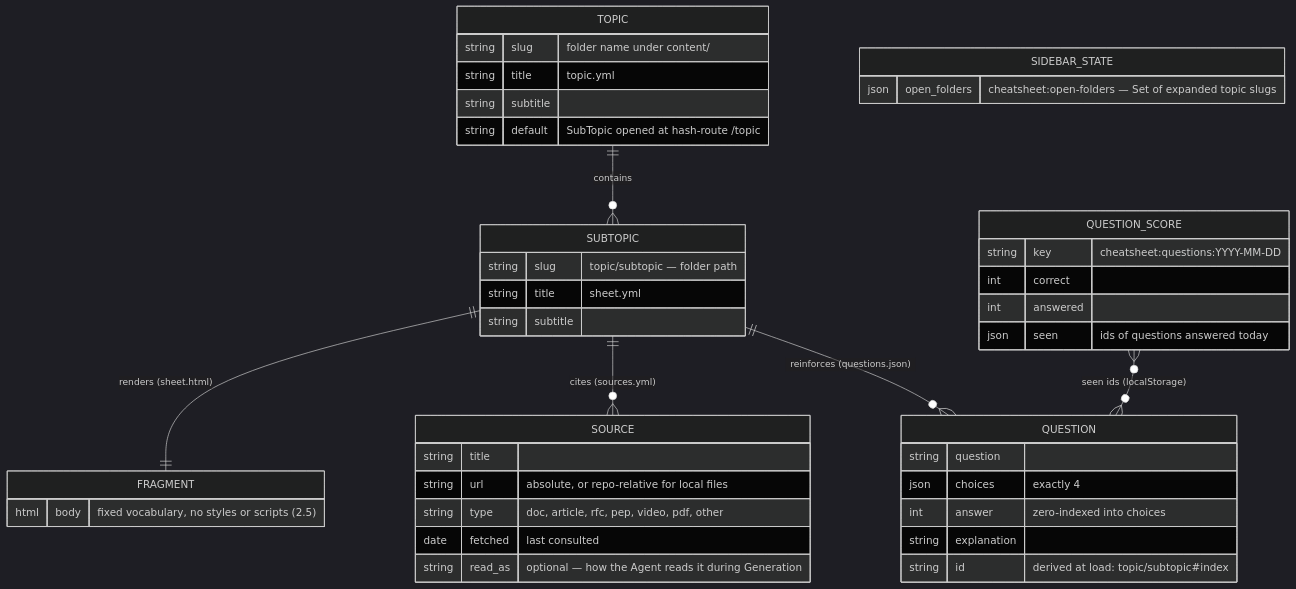
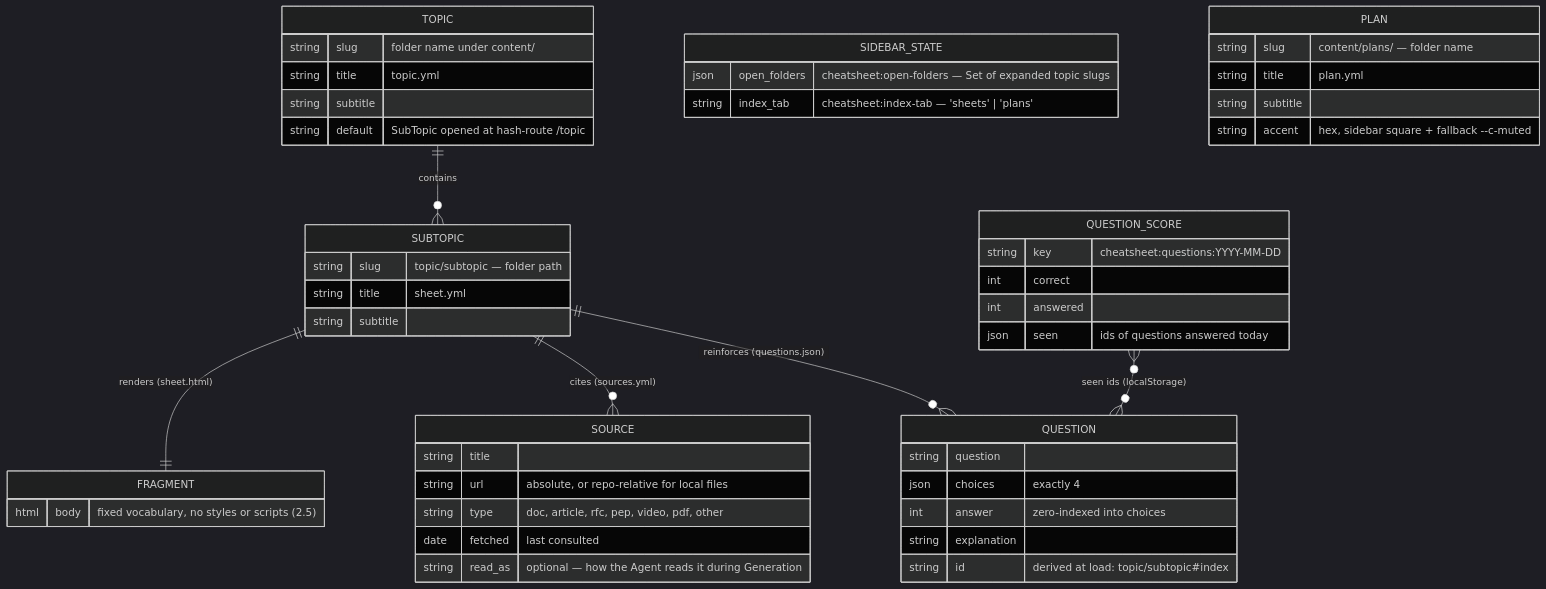
Before and after one commit to Povaz/cheatsheets: the second of 6 diagrams in docs/hldd/hldd.md, drawn with Mermaid (dark theme). The commit also changed other lines of this file and 13 other files, not shown here.

Commit message:
feat(plans): Learning Plans — index tab switch, /plans/:plan page, md renderer (HLDD v6.2)

````diff
--- a/docs/hldd/hldd.md
+++ b/docs/hldd/hldd.md
@@ -98,46 +100,53 @@
 ```mermaid
 erDiagram
     TOPIC ||--o{ SUBTOPIC : contains
     SUBTOPIC ||--|| FRAGMENT : "renders (sheet.html)"
     SUBTOPIC ||--o{ SOURCE : "cites (sources.yml)"
     SUBTOPIC ||--o{ QUESTION : "reinforces (questions.json)"
     QUESTION_SCORE }o--o{ QUESTION : "seen ids (localStorage)"
 
     TOPIC {
         string slug "folder name under content/"
         string title "topic.yml"
         string subtitle
         string default "SubTopic opened at hash-route /topic"
     }
     SUBTOPIC {
         string slug "topic/subtopic — folder path"
         string title "sheet.yml"
         string subtitle
     }
     FRAGMENT {
         html body "fixed vocabulary, no styles or scripts (2.5)"
     }
     SOURCE {
         string title
         string url "absolute, or repo-relative for local files"
         string type "doc, article, rfc, pep, video, pdf, other"
         date fetched "last consulted"
         string read_as "optional — how the Agent reads it during Generation"
     }
     QUESTION {
         string question
         json choices "exactly 4"
         int answer "zero-indexed into choices"
         string explanation
         string id "derived at load: topic/subtopic#index"
     }
     QUESTION_SCORE {
         string key "cheatsheet:questions:YYYY-MM-DD"
         int correct
         int answered
         json seen "ids of questions answered today"
     }
     SIDEBAR_STATE {
         json open_folders "cheatsheet:open-folders — Set of expanded topic slugs"
+        string index_tab "cheatsheet:index-tab — 'sheets' | 'plans'"
+    }
+    PLAN {
+        string slug "content/plans/<slug> — folder name"
+        string title "plan.yml"
+        string subtitle
+        string accent "hex, sidebar square + fallback --c-muted"
     }
 ```
````
